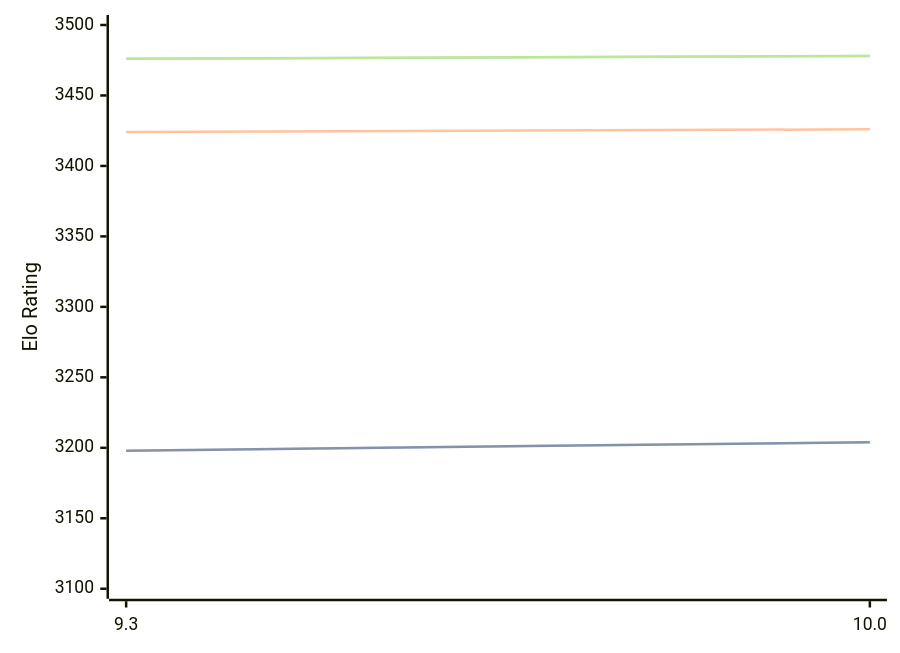
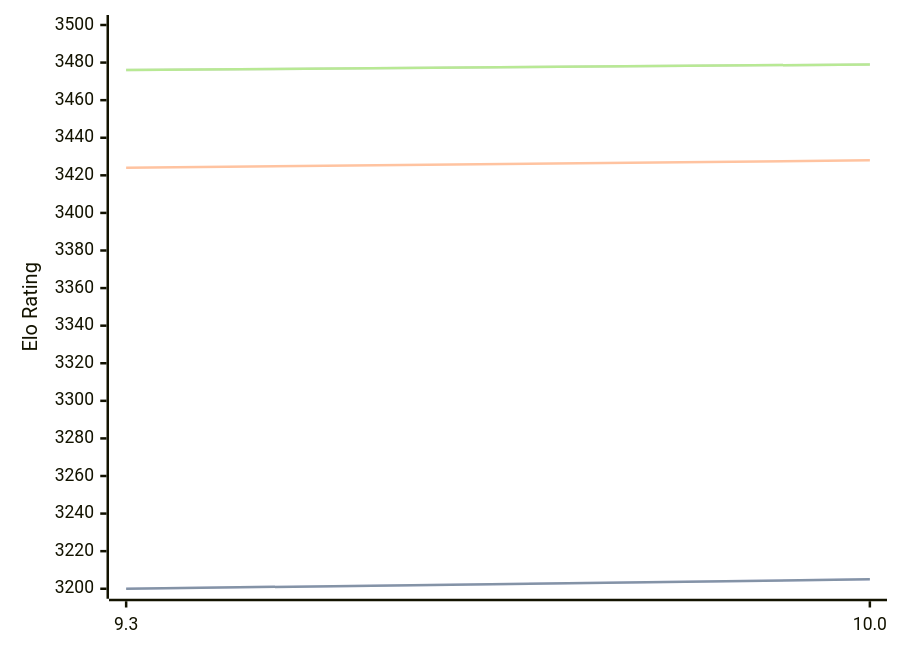
Before and after one commit to computer-chess-index/cci: the diagram in engines/Fire.md, drawn with Mermaid. The commit also changed other lines of this file, not shown here.

Commit message:
Update CCI Ratings (ELO VLTC) - 2026-05-17

````diff
--- a/engines/Fire.md
+++ b/engines/Fire.md
@@ -47,11 +47,11 @@
 ```mermaid
 %%{init: {"theme":"base","themeVariables":{"seriesColors:['#a3a3a3','#222221','#faa371']}}}%%
 xychart-beta
   x-axis ["9.3", "10.0"]
-  y-axis "Elo Rating" 3100 --> 3500
-  line "STC (8.0+0.08s)" [3198, 3204]
-  line "STC (8.0+0.08s)" [3198, 3204]
-  line "LTC (60.0+0.60s)" [3424, 3426]
-  line "VLTC (2m24s+1.12s)" [3476, 3478]
-  line "VLTC (2m24s+1.12s)" [3476, 3478]
+  y-axis "Elo Rating" 3200 --> 3500
+  line "STC (8.0+0.08s)" [3200, 3205]
+  line "STC (8.0+0.08s)" [3200, 3205]
+  line "LTC (60.0+0.60s)" [3424, 3428]
+  line "VLTC (2m24s+1.12s)" [3476, 3479]
+  line "VLTC (2m24s+1.12s)" [3476, 3479]
 ```
````
